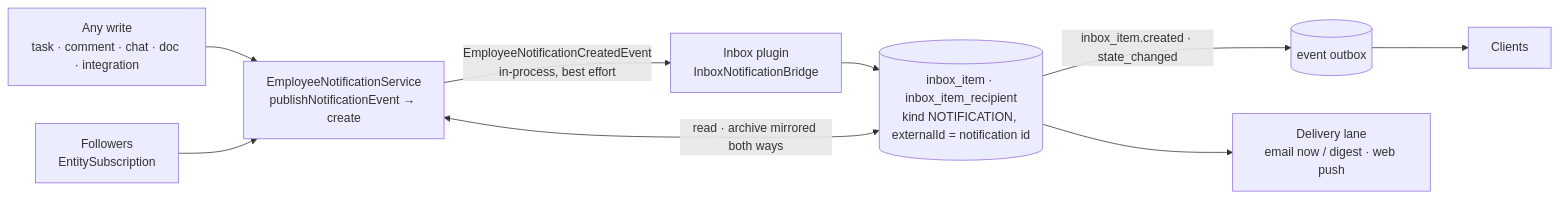
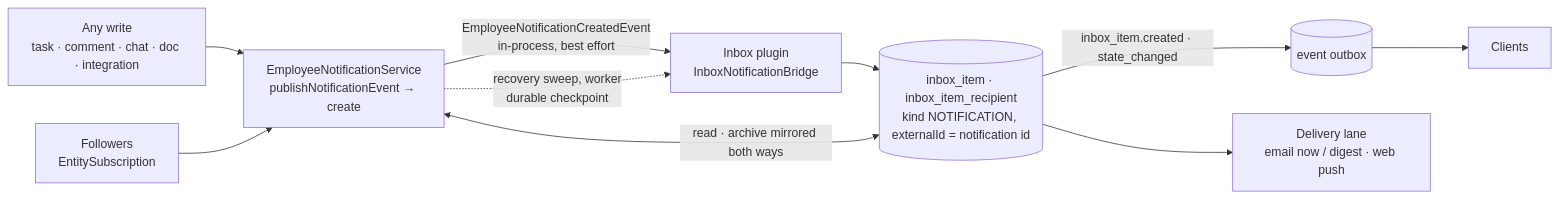
Before and after one commit to ever-co/ever-gauzy: the diagram in docs/specs/features/inbox/plan.md, drawn with Mermaid. The commit also changed other lines of this file and 22 other files, not shown here.

````diff
--- a/docs/specs/features/inbox/plan.md
+++ b/docs/specs/features/inbox/plan.md
@@ -16,10 +16,11 @@
 ```mermaid
 flowchart LR
     W[Any write<br/>task · comment · chat · doc · integration] --> N[EmployeeNotificationService<br/>publishNotificationEvent → create]
     F[Followers<br/>EntitySubscription] --> N
     N -->|EmployeeNotificationCreatedEvent<br/>in-process, best effort| B[Inbox plugin<br/>InboxNotificationBridge]
+    N -.->|recovery sweep, worker<br/>durable checkpoint| B
     B --> I[(inbox_item · inbox_item_recipient<br/>kind NOTIFICATION, externalId = notification id)]
     I -->|inbox_item.created · state_changed| O[(event outbox)] --> C[Clients]
     I <-->|read · archive mirrored both ways| N
     I --> D[Delivery lane<br/>email now / digest · web push]
 ```
````
